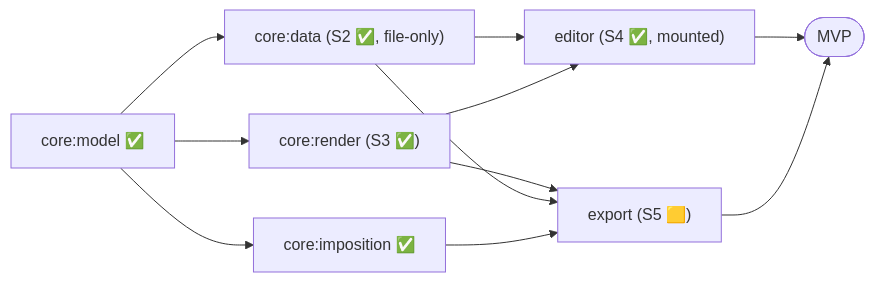
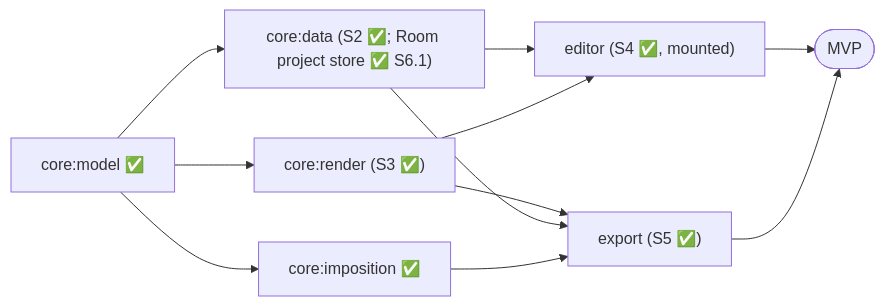
Before and after one commit to aritr-codes/zinely-android: the tenth of 10 diagrams in docs/ARCHITECTURE.md, drawn with Mermaid. The commit also changed other lines of this file and 9 other files, not shown here.

````diff
--- a/docs/ARCHITECTURE.md
+++ b/docs/ARCHITECTURE.md
@@ -412,13 +414,13 @@
 ```mermaid
 flowchart LR
     M["core:model ✅"] --> I["core:imposition ✅"]
-    M --> D["core:data (S2 ✅, file-only)"]
+    M --> D["core:data (S2 ✅; Room project store ✅ S6.1)"]
     M --> R["core:render (S3 ✅)"]
     D --> E["editor (S4 ✅, mounted)"]
     R --> E
-    R --> X["export (S5 🟨)"]
+    R --> X["export (S5 ✅)"]
     D --> X
     I --> X
     E --> MVP(["MVP"])
     X --> MVP
 ```
````
